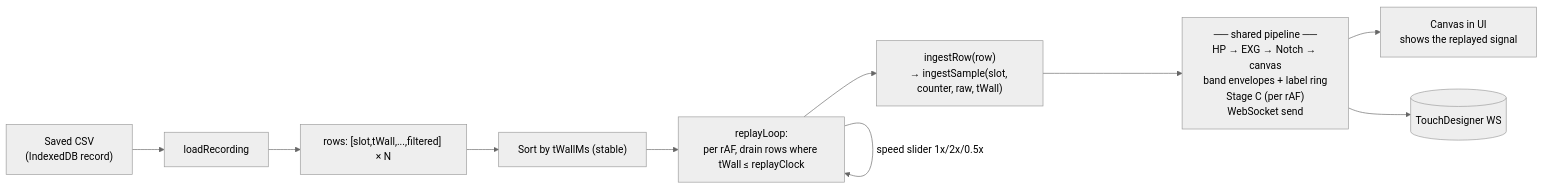
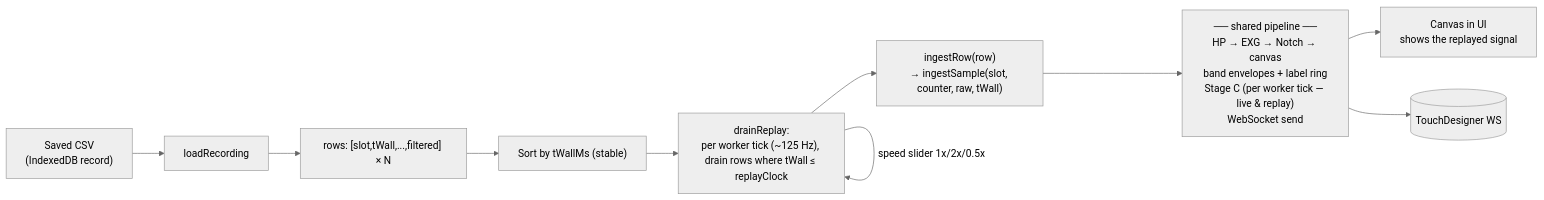
Before and after one commit to brynbeaudry/Chords-Web: the third of 3 diagrams in DUAL_STREAM_RECORDING_REPLAY.md, drawn with Mermaid (neutral theme). The commit also changed other lines of this file and 5 other files, not shown here.

````diff
--- a/DUAL_STREAM_RECORDING_REPLAY.md
+++ b/DUAL_STREAM_RECORDING_REPLAY.md
@@ -282,12 +282,12 @@
 ```mermaid
 flowchart LR
     file["Saved CSV<br/>(IndexedDB record)"] --> load[loadRecording]
     load --> rows["rows: [slot,tWall,...,filtered] × N"]
     rows --> sort["Sort by tWallMs (stable)"]
-    sort --> pace["replayLoop:<br/>per rAF, drain rows where tWall ≤ replayClock"]
+    sort --> pace["drainReplay:<br/>per worker tick (~125 Hz), drain rows where tWall ≤ replayClock"]
     pace --> ingest["ingestRow(row)<br/>→ ingestSample(slot, counter, raw, tWall)"]
-    ingest --> shared["── shared pipeline ──<br/>HP → EXG → Notch → canvas<br/>band envelopes + label ring<br/>Stage C (per rAF)<br/>WebSocket send"]
+    ingest --> shared["── shared pipeline ──<br/>HP → EXG → Notch → canvas<br/>band envelopes + label ring<br/>Stage C (per worker tick — live & replay)<br/>WebSocket send"]
     shared --> canvas[Canvas in UI<br/>shows the replayed signal]
     shared --> td[(TouchDesigner WS)]
     pace -- "speed slider 1x/2x/0.5x" --> pace
 ```
````
